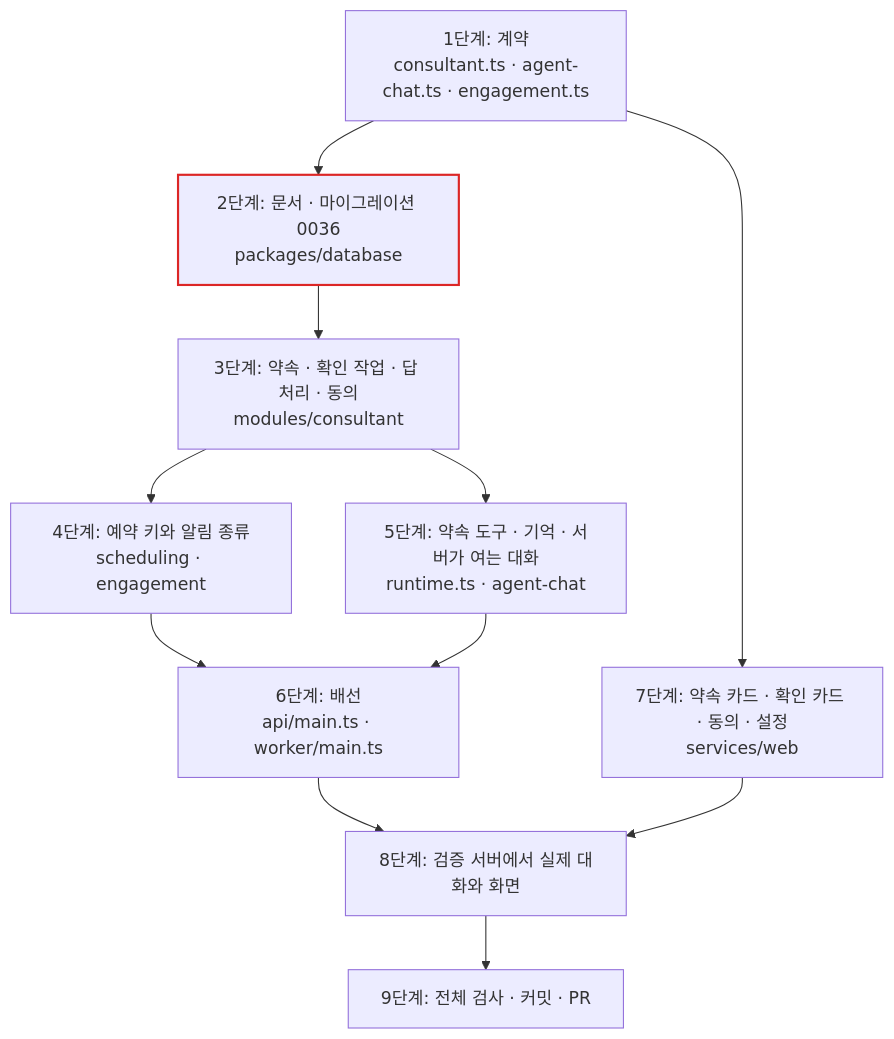
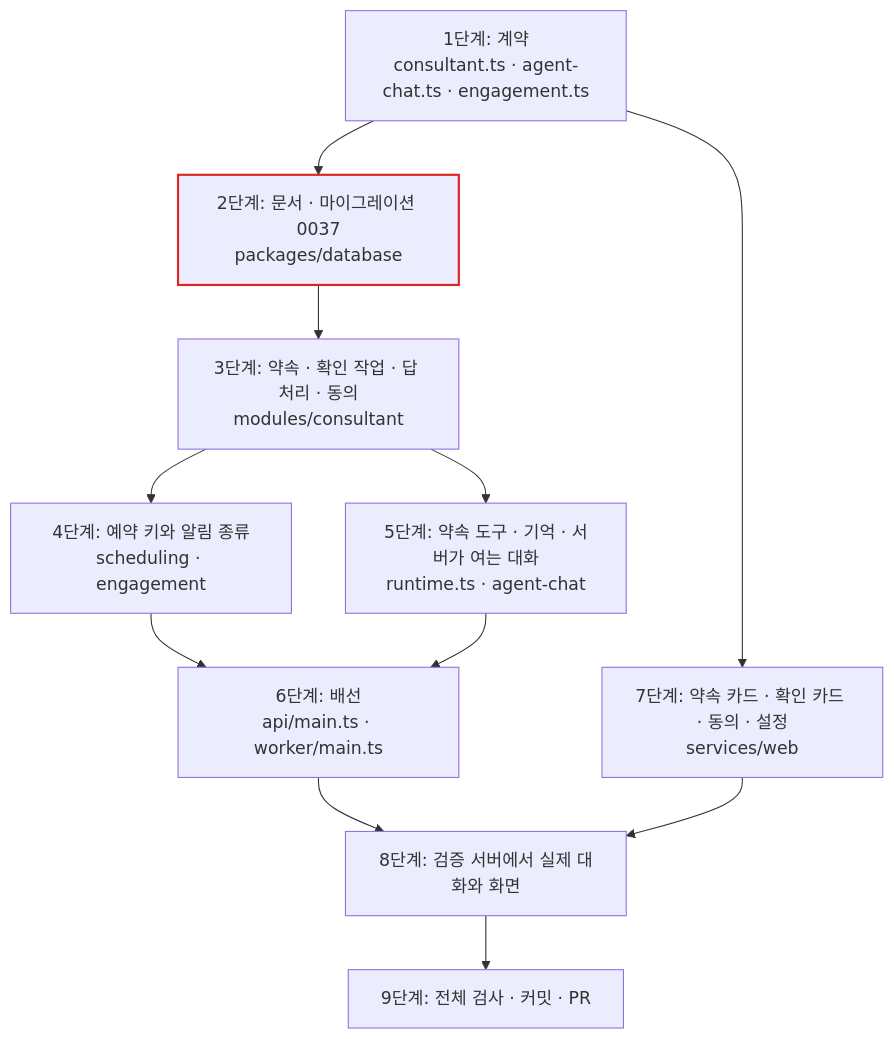
Before and after one commit to Expresso-Organization/expresso: the diagram in .intent/plan_consultant-follow-up.md, drawn with Mermaid. The commit also changed other lines of this file and 6 other files, not shown here.

````diff
--- a/.intent/plan_consultant-follow-up.md
+++ b/.intent/plan_consultant-follow-up.md
@@ -33,14 +33,14 @@
 ```mermaid
 flowchart TD
-  A["1단계: 계약<br/>consultant.ts · agent-chat.ts · engagement.ts"] --> B["2단계: 문서 · 마이그레이션 0036<br/>packages/database"]:::risk
+  A["1단계: 계약<br/>consultant.ts · agent-chat.ts · engagement.ts"] --> B["2단계: 문서 · 마이그레이션 0037<br/>packages/database"]:::risk
   B --> C["3단계: 약속 · 확인 작업 · 답 처리 · 동의<br/>modules/consultant"]
   C --> D["4단계: 예약 키와 알림 종류<br/>scheduling · engagement"]
   C --> E["5단계: 약속 도구 · 기억 · 서버가 여는 대화<br/>runtime.ts · agent-chat"]
   D --> F["6단계: 배선<br/>api/main.ts · worker/main.ts"]
   E --> F
   A --> G["7단계: 약속 카드 · 확인 카드 · 동의 · 설정<br/>services/web"]
   F --> H["8단계: 검증 서버에서 실제 대화와 화면"]
   G --> H
   H --> I["9단계: 전체 검사 · 커밋 · PR"]
   classDef risk stroke:#dc2626,stroke-width:2px
 ```
````
